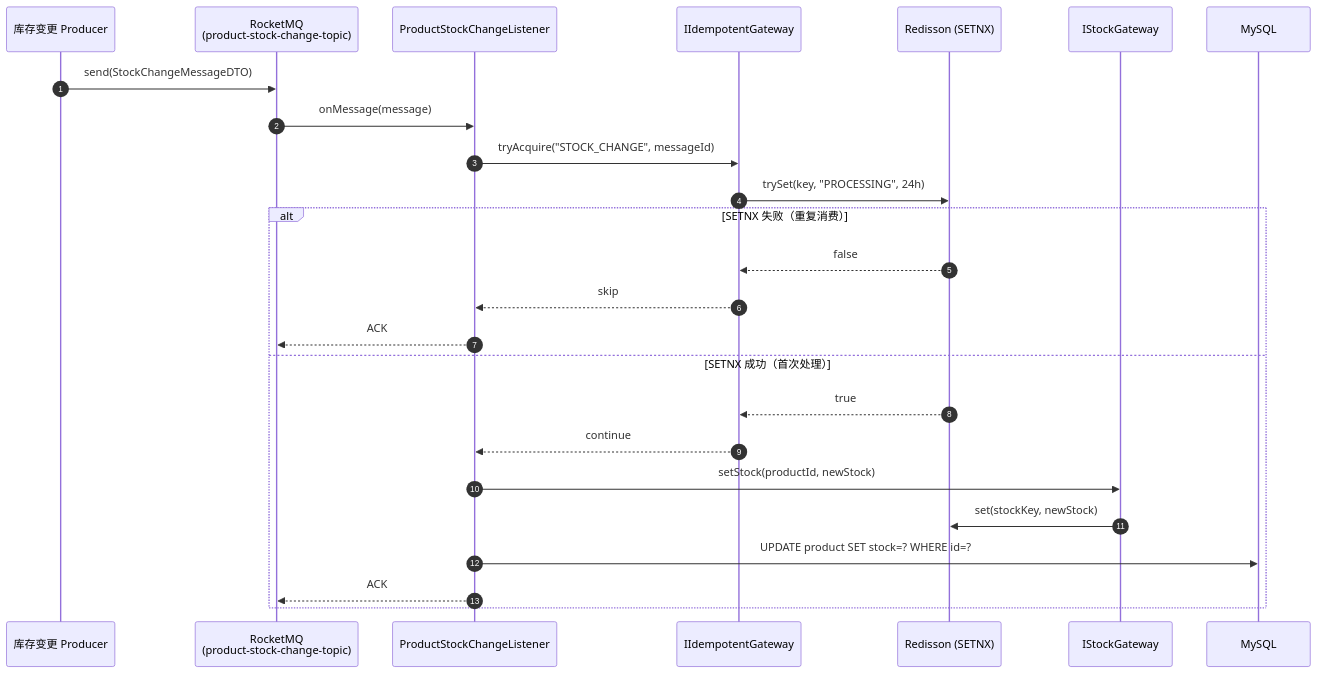
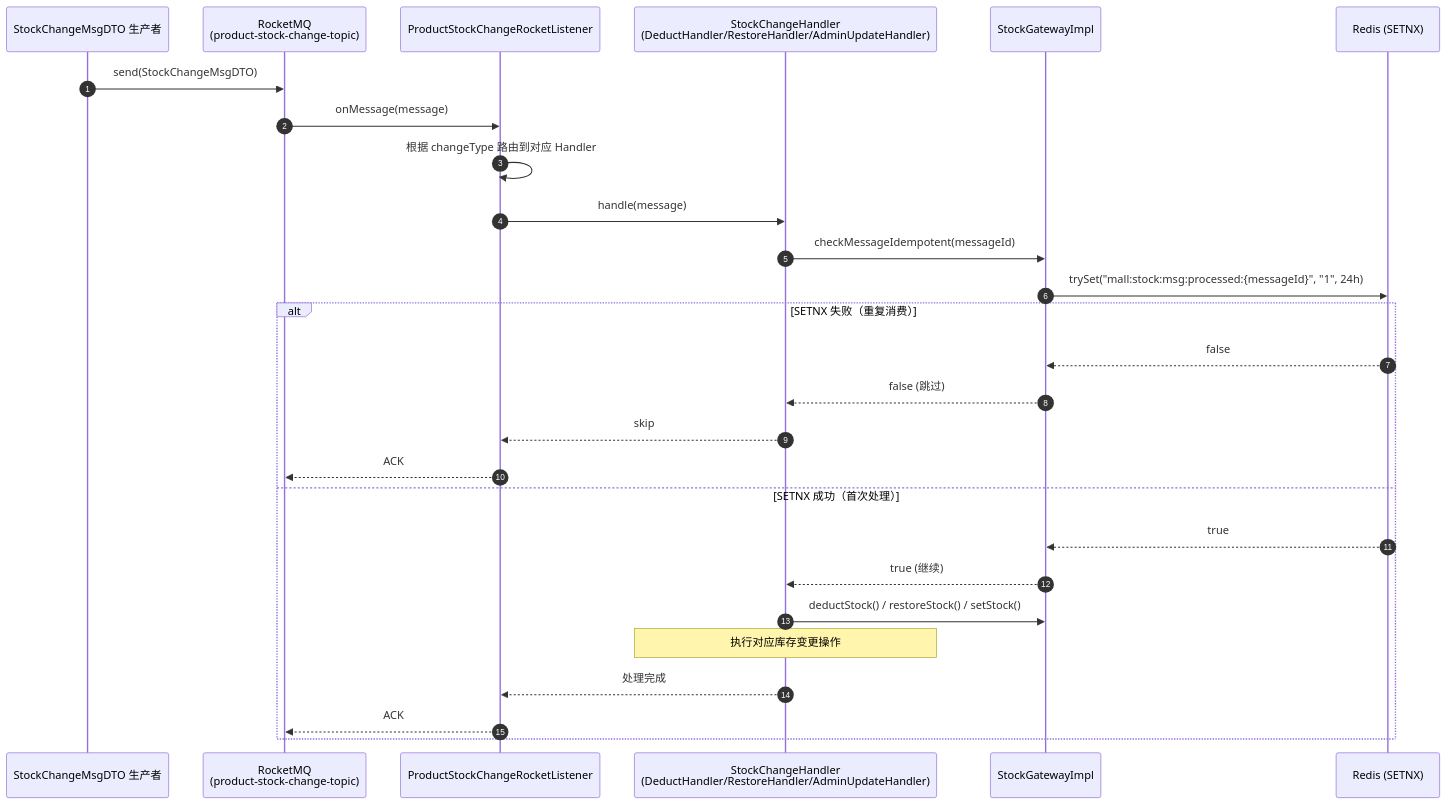
Before and after one commit to sxlva/s-pay-mall: the second of 4 diagrams in docs/design/module-stock.md, drawn with Mermaid. The commit also changed other lines of this file and 9 other files, not shown here.

````diff
--- a/docs/design/module-stock.md
+++ b/docs/design/module-stock.md
@@ -108,29 +142,32 @@
 ```mermaid
 sequenceDiagram
     autonumber
-    participant Producer as 库存变更 Producer
+    participant Producer as StockChangeMsgDTO 生产者
     participant MQ as RocketMQ<br/>(product-stock-change-topic)
-    participant Consumer as ProductStockChangeListener
-    participant IdemGW as IIdempotentGateway
-    participant R as Redisson (SETNX)
-    participant StockGW as IStockGateway
-    participant DB as MySQL
+    participant Consumer as ProductStockChangeRocketListener
+    participant Handler as StockChangeHandler<br/>(DeductHandler/RestoreHandler/AdminUpdateHandler)
+    participant Stock as StockGatewayImpl
+    participant R as Redis (SETNX)
 
-    Producer->>MQ: send(StockChangeMessageDTO)
+    Producer->>MQ: send(StockChangeMsgDTO)
     MQ->>Consumer: onMessage(message)
-    Consumer->>IdemGW: tryAcquire("STOCK_CHANGE", messageId)
-    IdemGW->>R: trySet(key, "PROCESSING", 24h)
-    
+    Consumer->>Consumer: 根据 changeType 路由到对应 Handler
+
+    Consumer->>Handler: handle(message)
+    Handler->>Stock: checkMessageIdempotent(messageId)
+    Stock->>R: trySet("mall:stock:msg:processed:{messageId}", "1", 24h)
+
     alt SETNX 失败（重复消费）
-        R-->>IdemGW: false
-        IdemGW-->>Consumer: skip
+        R-->>Stock: false
+        Stock-->>Handler: false (跳过)
+        Handler-->>Consumer: skip
         Consumer-->>MQ: ACK
     else SETNX 成功（首次处理）
-        R-->>IdemGW: true
-        IdemGW-->>Consumer: continue
-        Consumer->>StockGW: setStock(productId, newStock)
-        StockGW->>R: set(stockKey, newStock)
-        Consumer->>DB: UPDATE product SET stock=? WHERE id=?
+        R-->>Stock: true
+        Stock-->>Handler: true (继续)
+        Handler->>Stock: deductStock() / restoreStock() / setStock()
+        Note over Handler: 执行对应库存变更操作
+        Handler-->>Consumer: 处理完成
         Consumer-->>MQ: ACK
     end
 ```
````
